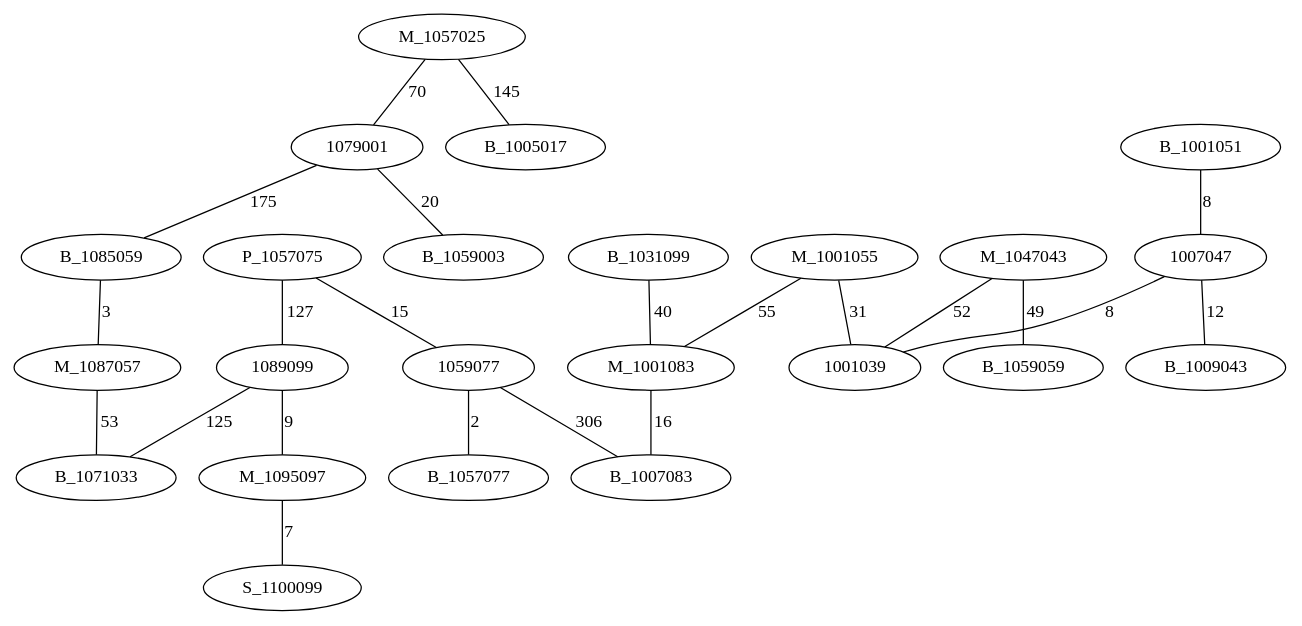
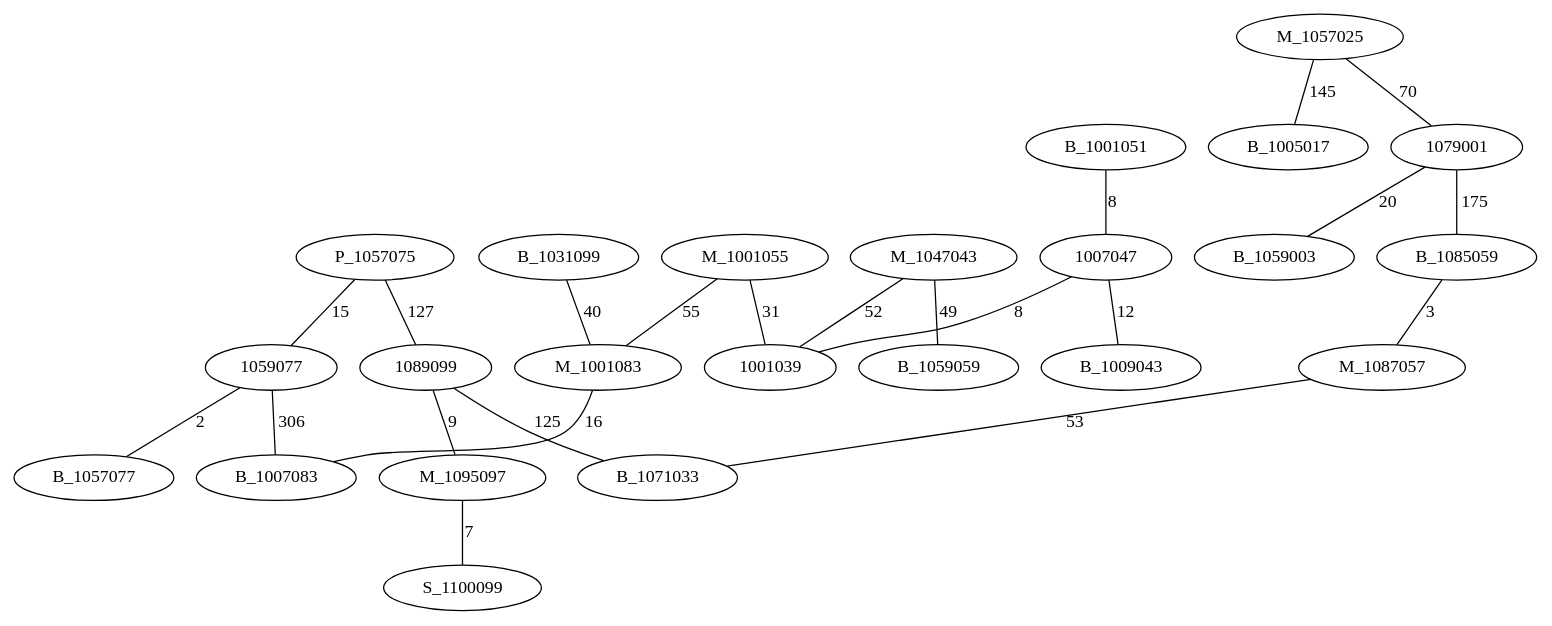
One commit to AsmNoob/Labyrinthe changed the diagram in Graph.dot. Above: the diagram before and after it, drawn with Graphviz. The commit also changed other lines of this file and 1 other file, not shown here.

```diff
--- a/Graph.dot
+++ b/Graph.dot
@@ -1,26 +1,26 @@
 graph chemin {
 
+	P_1057075 -- 1059077 [label=15]
 	P_1057075 -- 1089099 [label=127]
-	P_1057075 -- 1059077 [label=15]
 	B_1031099 -- M_1001083 [label=40]
 	1089099 -- B_1071033 [label=125]
 	1089099 -- M_1095097 [label=9]
 	M_1095097 -- S_1100099 [label=7]
+	M_1047043 -- 1001039 [label=52]
 	M_1047043 -- B_1059059 [label=49]
-	M_1047043 -- 1001039 [label=52]
+	M_1057025 -- B_1005017 [label=145]
 	M_1057025 -- 1079001 [label=70]
-	M_1057025 -- B_1005017 [label=145]
 	B_1001051 -- 1007047 [label=8]
 	M_1001055 -- M_1001083 [label=55]
 	M_1001055 -- 1001039 [label=31]
+	1079001 -- B_1085059 [label=175]
 	1079001 -- B_1059003 [label=20]
-	1079001 -- B_1085059 [label=175]
+	1059077 -- B_1007083 [label=306]
 	1059077 -- B_1057077 [label=2]
-	1059077 -- B_1007083 [label=306]
 	1007047 -- B_1009043 [label=12]
 	1007047 -- 1001039 [label=8]
 	M_1001083 -- B_1007083 [label=16]
 	B_1085059 -- M_1087057 [label=3]
 	M_1087057 -- B_1071033 [label=53]
 
 }
```
